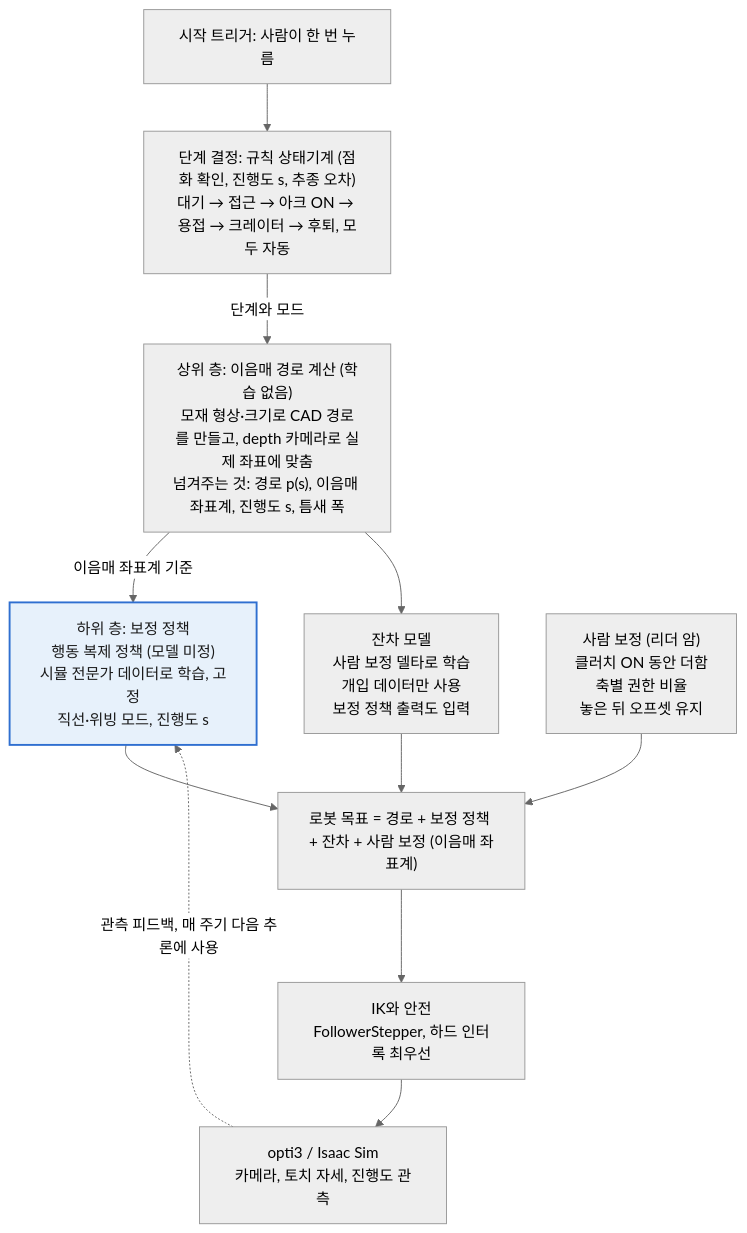
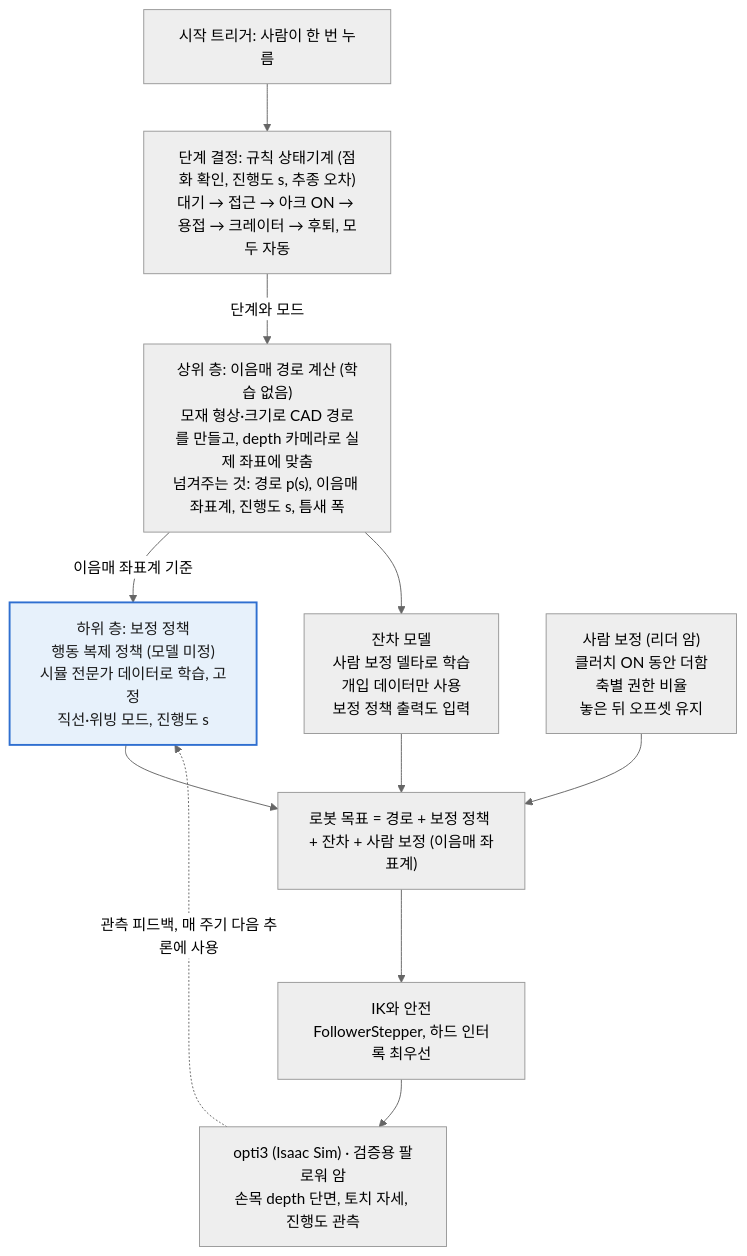
The diagram in README.md (seongbean/Welding-Robot), drawn with Mermaid (neutral theme) before and after one commit. The commit also changed other lines of this file and 3 other files, not shown here.

First line of the commit message:
문서: 용접 중 이음매 관측을 손목 depth 카메라 단면으로

````diff
--- a/README.md
+++ b/README.md
@@ -11,16 +11,16 @@
 ```mermaid
 flowchart TD
     trigger["시작 트리거: 사람이 한 번 누름"] --> phase["단계 결정: 규칙 상태기계 (점화 확인, 진행도 s, 추종 오차)<br/>대기 → 접근 → 아크 ON → 용접 → 크레이터 → 후퇴, 모두 자동"]
     phase -->|단계와 모드| upper["상위 층: 이음매 경로 계산 (학습 없음)<br/>모재 형상·크기로 CAD 경로를 만들고, depth 카메라로 실제 좌표에 맞춤<br/>넘겨주는 것: 경로 p(s), 이음매 좌표계, 진행도 s, 틈새 폭"]
     upper -->|이음매 좌표계 기준| base["하위 층: 보정 정책<br/>행동 복제 정책 (모델 미정)<br/>시뮬 전문가 데이터로 학습, 고정<br/>직선·위빙 모드, 진행도 s"]
     upper --> residual["잔차 모델<br/>사람 보정 델타로 학습<br/>개입 데이터만 사용<br/>보정 정책 출력도 입력"]
     human["사람 보정 (리더 암)<br/>클러치 ON 동안 더함<br/>축별 권한 비율<br/>놓은 뒤 오프셋 유지"]
     base --> sum["로봇 목표 = 경로 + 보정 정책 + 잔차 + 사람 보정 (이음매 좌표계)"]
     residual --> sum
     human --> sum
     sum --> ik["IK와 안전<br/>FollowerStepper, 하드 인터록 최우선"]
-    ik --> robot["opti3 / Isaac Sim<br/>카메라, 토치 자세, 진행도 관측"]
+    ik --> robot["opti3 (Isaac Sim) · 검증용 팔로워 암<br/>손목 depth 단면, 토치 자세, 진행도 관측"]
     robot -. 관측 피드백, 매 주기 다음 추론에 사용 .-> base
     classDef learned fill:#e7f1fb,stroke:#2f6fd0,stroke-width:2px,color:#1a1a1a
     class base learned
 ```
````
